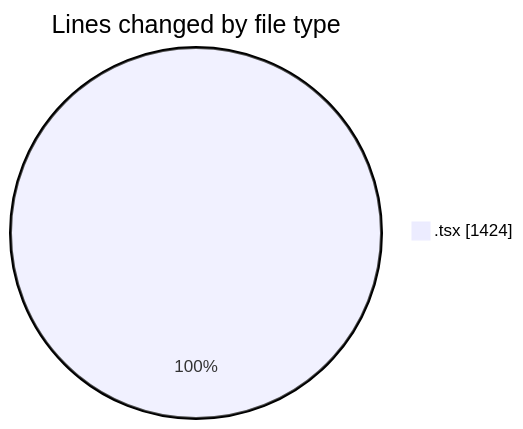
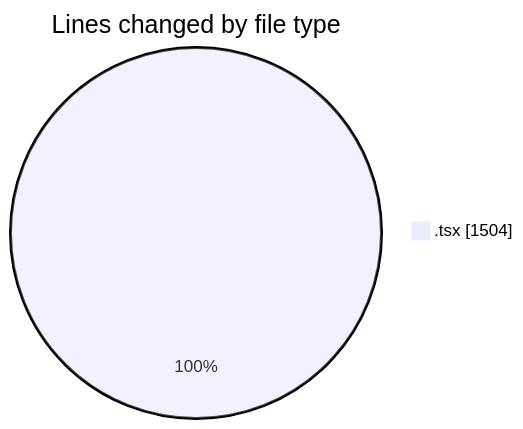
Before and after one commit to robertbonfada/code-tracking: the first of 2 diagrams in 2025-03-11/mbc-web/README.md, drawn with Mermaid. The commit also changed other lines of this file and 1 other file, not shown here.

````diff
--- a/2025-03-11/mbc-web/README.md
+++ b/2025-03-11/mbc-web/README.md
@@ -32,5 +33,5 @@
 ```mermaid
 pie showData
 title Lines changed by file type
-".tsx" : 1424
+".tsx" : 1504
 ```
````
